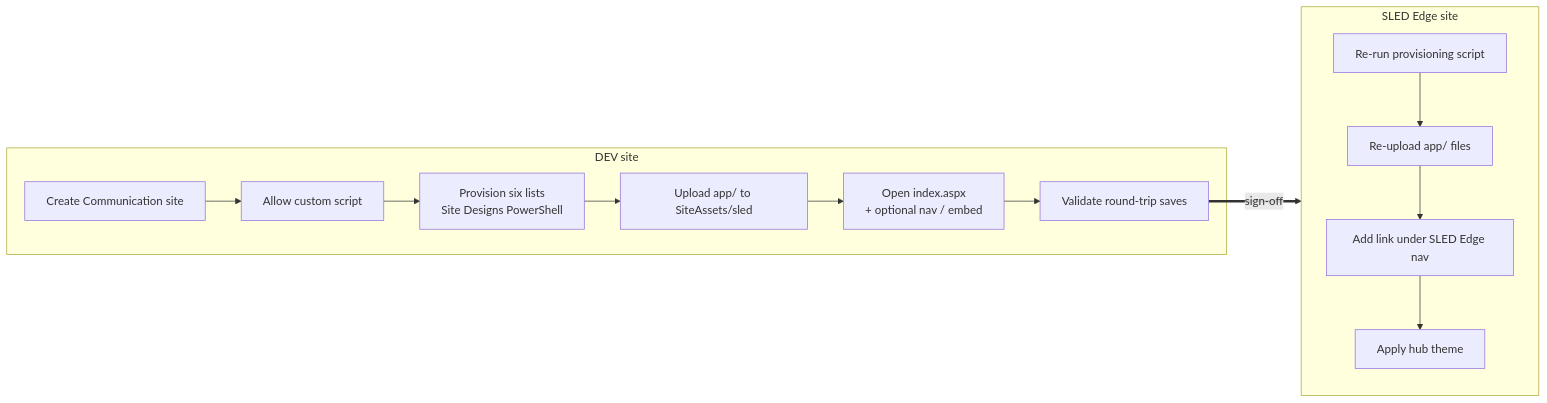
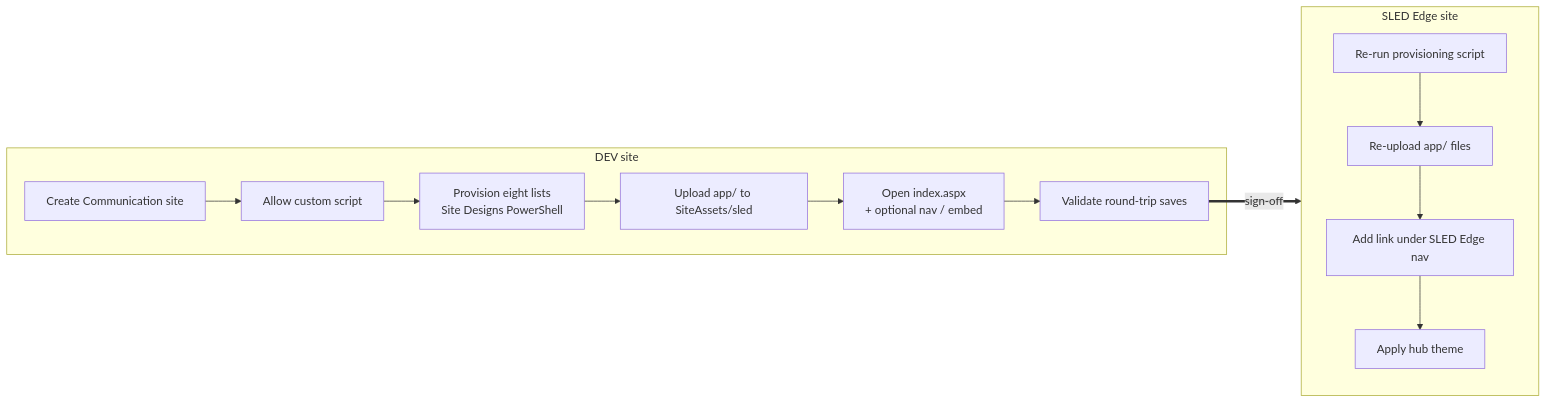
Before and after one commit to shaikhanwar/slededge: the fourth of 4 diagrams in docs/FLOW-DIAGRAM.md, drawn with Mermaid. The commit also changed other lines of this file and 3 other files, not shown here.

````diff
--- a/docs/FLOW-DIAGRAM.md
+++ b/docs/FLOW-DIAGRAM.md
@@ -99,16 +101,16 @@
 ```mermaid
 flowchart LR
     subgraph DEV[DEV site]
         d1[Create Communication site] --> d2[Allow custom script]
-        d2 --> d3[Provision six lists<br/>Site Designs PowerShell]
+        d2 --> d3[Provision eight lists<br/>Site Designs PowerShell]
         d3 --> d4[Upload app/ to SiteAssets/sled]
         d4 --> d5[Open index.aspx<br/>+ optional nav / embed]
         d5 --> d6[Validate round-trip saves]
     end
     d6 ==>|sign-off| PROD
     subgraph PROD[SLED Edge site]
         p1[Re-run provisioning script] --> p2[Re-upload app/ files]
         p2 --> p3[Add link under SLED Edge nav]
         p3 --> p4[Apply hub theme]
     end
 ```
````
